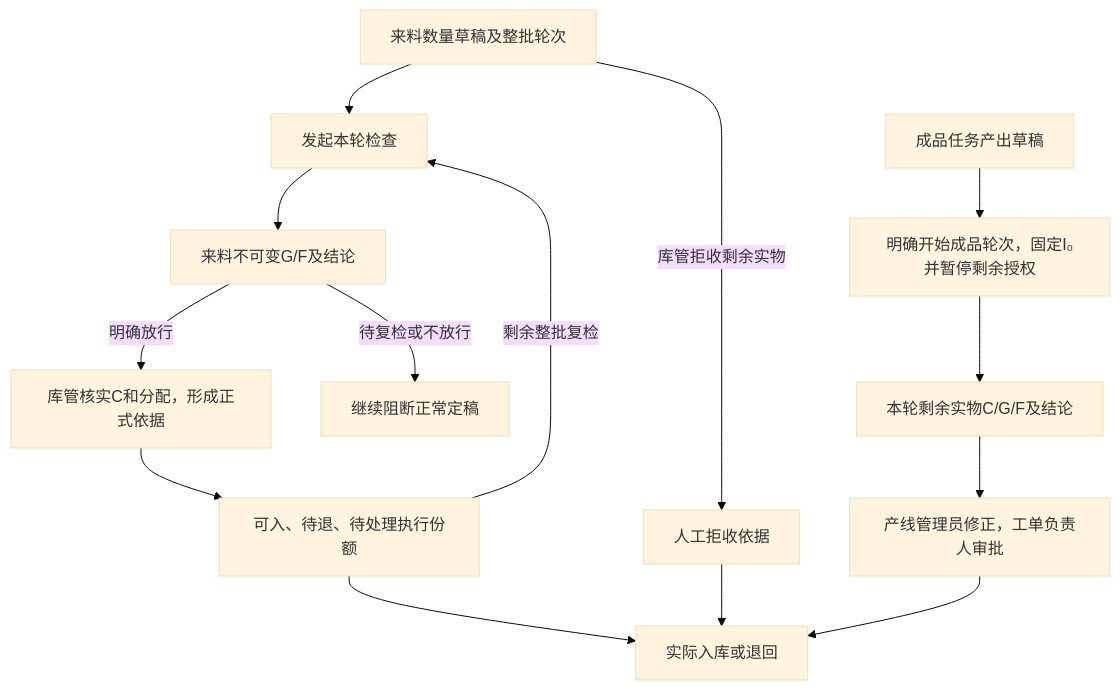
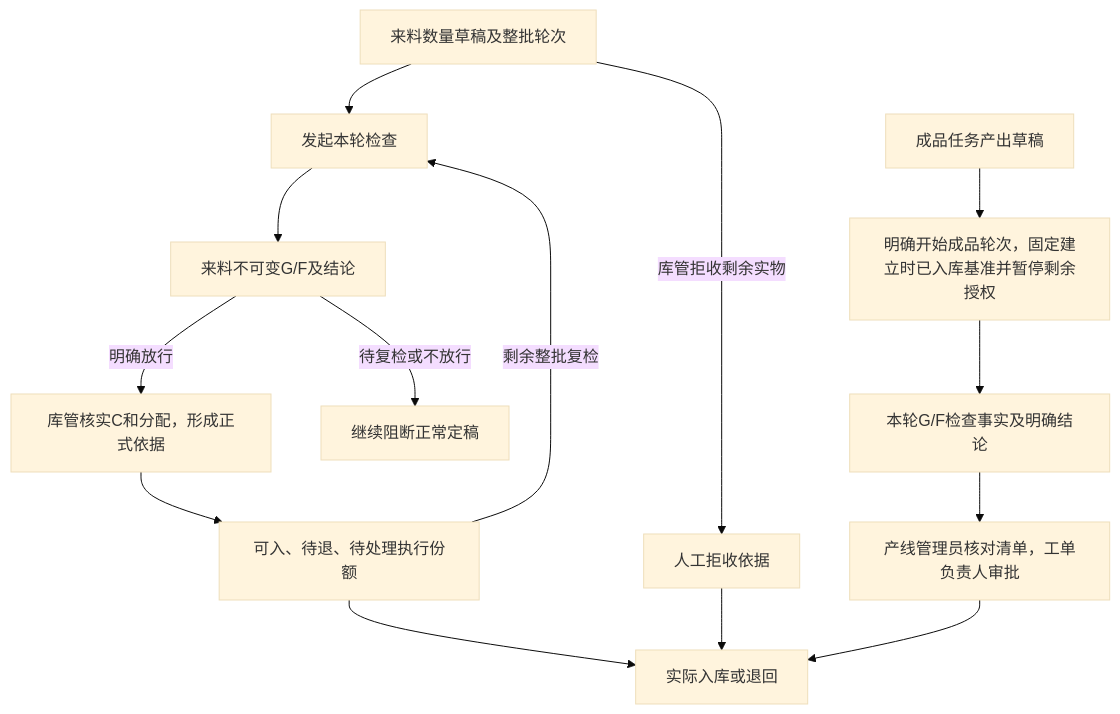
Before and after one commit to ikarosl/mes: the diagram in apps/api/src/modules/quality/docs/unified-inspection-model.md, drawn with Mermaid (base theme). The commit also changed other lines of this file and 147 other files, not shown here.

````diff
--- a/apps/api/src/modules/quality/docs/unified-inspection-model.md
+++ b/apps/api/src/modules/quality/docs/unified-inspection-model.md
@@ -9,16 +9,16 @@
 ```mermaid
 flowchart TD
   A[来料数量草稿及整批轮次] --> B[发起本轮检查]
   B --> C[来料不可变G/F及结论]
   C -->|明确放行| D[库管核实C和分配，形成正式依据]
   C -->|待复检或不放行| E[继续阻断正常定稿]
   D --> F[可入、待退、待处理执行份额]
   F --> G[实际入库或退回]
   F -->|剩余整批复检| B
   A -->|库管拒收剩余实物| H[人工拒收依据]
   H --> G
-  P[成品任务产出草稿] --> PS[明确开始成品轮次，固定I₀并暂停剩余授权]
-  PS --> Q[本轮剩余实物C/G/F及结论]
-  Q --> R[产线管理员修正，工单负责人审批]
+  P[成品任务产出草稿] --> PS[明确开始成品轮次，固定建立时已入库基准并暂停剩余授权]
+  PS --> Q[本轮G/F检查事实及明确结论]
+  Q --> R[产线管理员核对清单，工单负责人审批]
   R --> G
 ```
````
